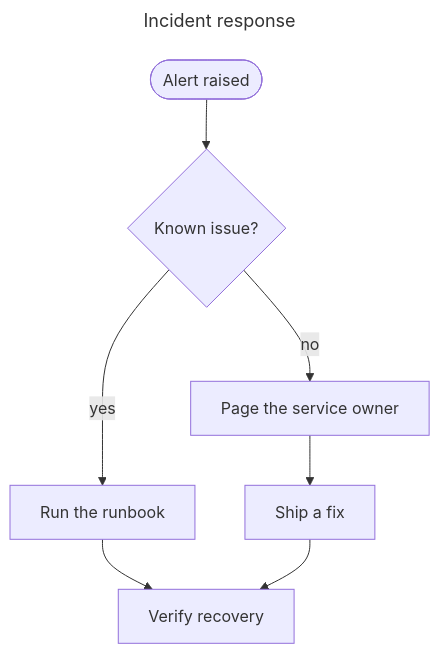
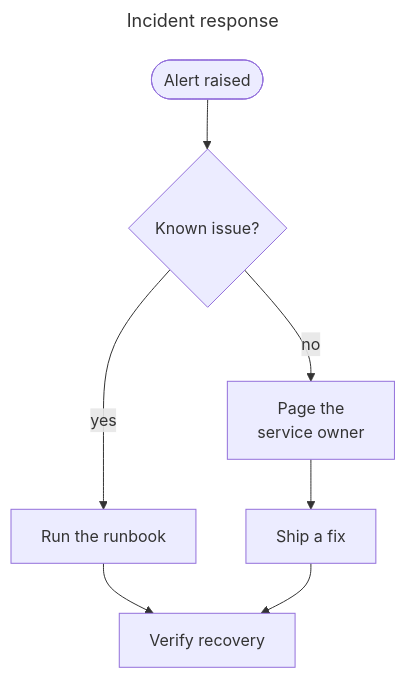
The diagram in Website/static/site/atlas/flowchart.mmd (EvotecIT/ChartForgeX), drawn with Mermaid before and after one commit. The commit also changed 246 other files, not shown here.

First line of the commit message:
Fix chart captions, graph rendering and Mermaid source handling (#380)

```diff
--- a/Website/static/site/atlas/flowchart.mmd
+++ b/Website/static/site/atlas/flowchart.mmd
@@ -1,10 +1,10 @@
 ---
 title: Incident response
 ---
 flowchart TD
   alert([Alert raised]) --> triage{Known issue?}
   triage -->|yes| runbook[Run the runbook]
-  triage -->|no| owner[Page the service owner]
+  triage -->|no| owner[Page the<br/>service owner]
   runbook --> verify[Verify recovery]
   owner --> fix[Ship a fix]
   fix --> verify
```
